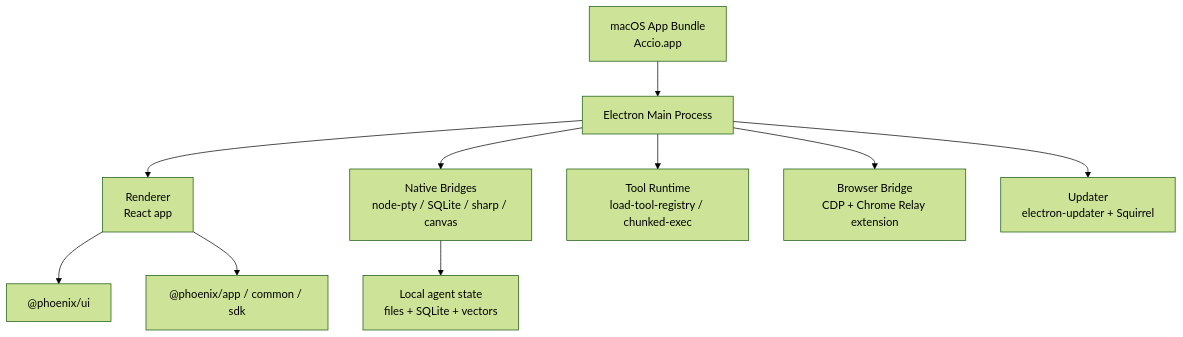
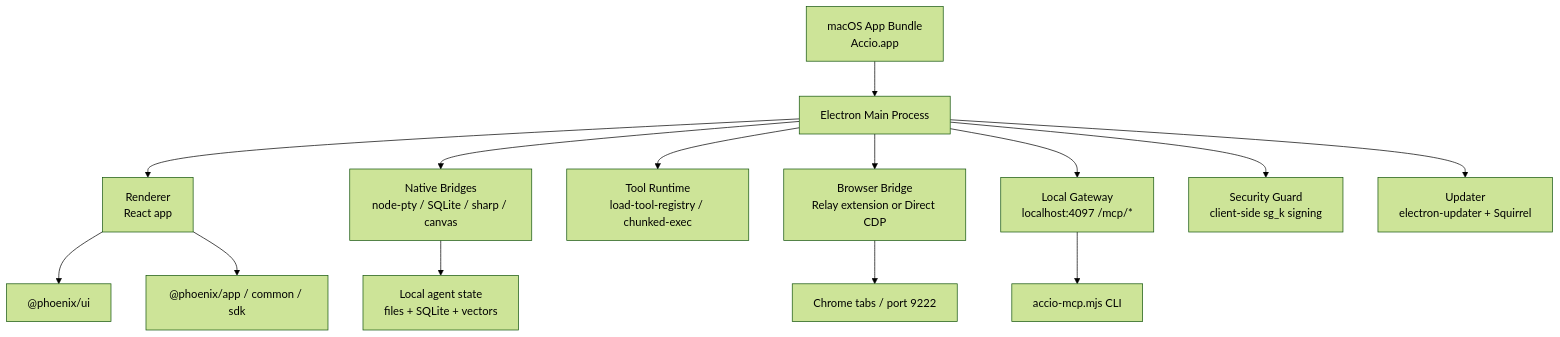
The diagram in 01-tech-stack.md (zdywrnm/acciowork-research), drawn with Mermaid (forest theme) before and after one commit. The commit also changed other lines of this file and 13 other files, not shown here.

Commit message:
P0-3: finish MCP/gateway/sg_k model routing and seed browser runtime evidence

````diff
--- a/01-tech-stack.md
+++ b/01-tech-stack.md
@@ -173,12 +192,16 @@
 ```mermaid
 flowchart TD
   A["macOS App Bundle\nAccio.app"] --> B["Electron Main Process"]
   B --> C["Renderer\nReact app"]
   B --> D["Native Bridges\nnode-pty / SQLite / sharp / canvas"]
   B --> E["Tool Runtime\nload-tool-registry / chunked-exec"]
-  B --> F["Browser Bridge\nCDP + Chrome Relay extension"]
+  B --> F["Browser Bridge\nRelay extension or Direct CDP"]
+  B --> K["Local Gateway\nlocalhost:4097 /mcp/*"]
+  B --> L["Security Guard\nclient-side sg_k signing"]
   B --> G["Updater\nelectron-updater + Squirrel"]
   C --> H["@phoenix/ui"]
   C --> I["@phoenix/app / common / sdk"]
   D --> J["Local agent state\nfiles + SQLite + vectors"]
+  K --> M["accio-mcp.mjs CLI"]
+  F --> N["Chrome tabs / port 9222"]
 ```
````
